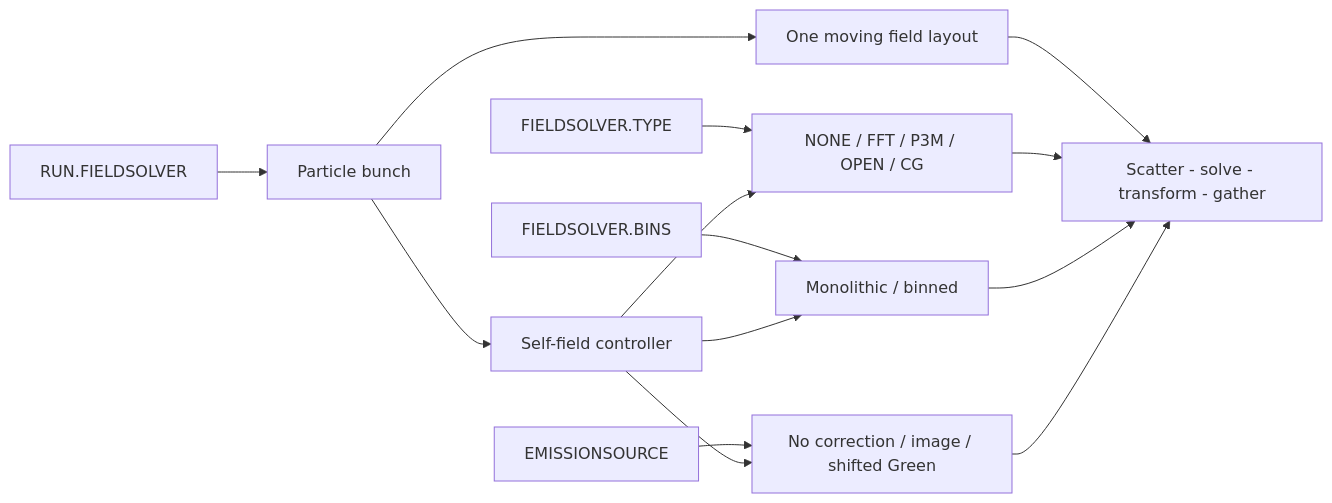
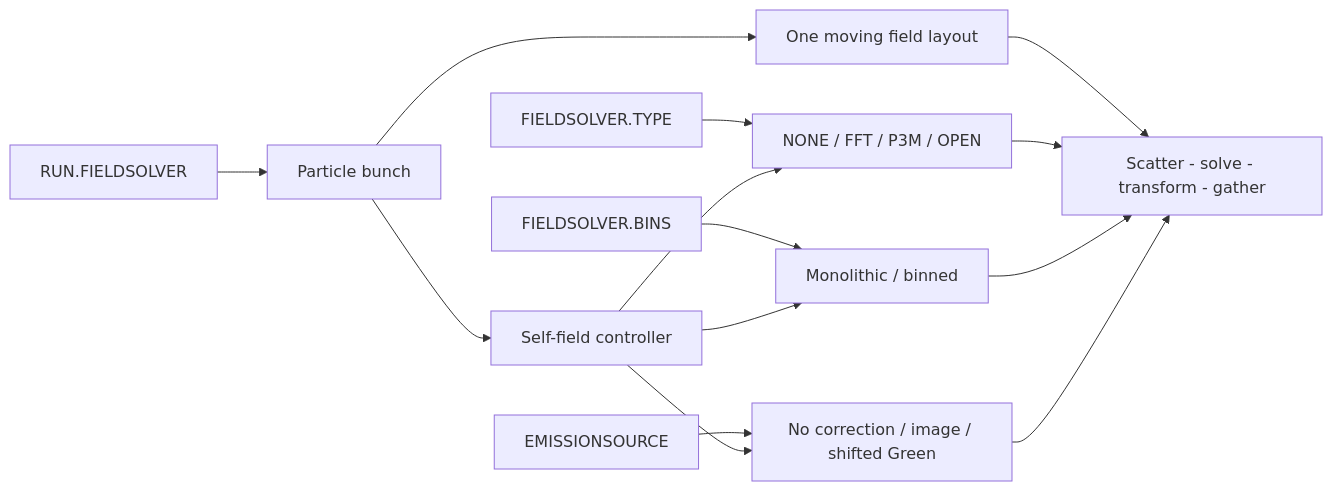
The diagram in user-guide/field-solver/index.qmd (OPALX-project/opalx-manual), drawn with Mermaid before and after one commit. The commit also changed other lines of this file and 30 other files, not shown here.

````diff
--- a/user-guide/field-solver/index.qmd
+++ b/user-guide/field-solver/index.qmd
@@ -224,16 +236,16 @@
 ```{mermaid}
 flowchart LR
     RUN[RUN.FIELDSOLVER] --> PB[Particle bunch]
     PB --> FC[One moving field layout]
     PB --> BFS[Self-field controller]
-    TYPE[FIELDSOLVER.TYPE] --> BACKEND[NONE / FFT / P3M / OPEN / CG]
+    TYPE[FIELDSOLVER.TYPE] --> BACKEND[NONE / FFT / P3M / OPEN]
     BINS[FIELDSOLVER.BINS] --> PATH[Monolithic / binned]
     SOURCE[EMISSIONSOURCE] --> CORR[No correction / image / shifted Green]
     BFS --> BACKEND
     BFS --> PATH
     BFS --> CORR
     FC --> PIC[Scatter - solve - transform - gather]
     BACKEND --> PIC
     PATH --> PIC
     CORR --> PIC
 ```
````
